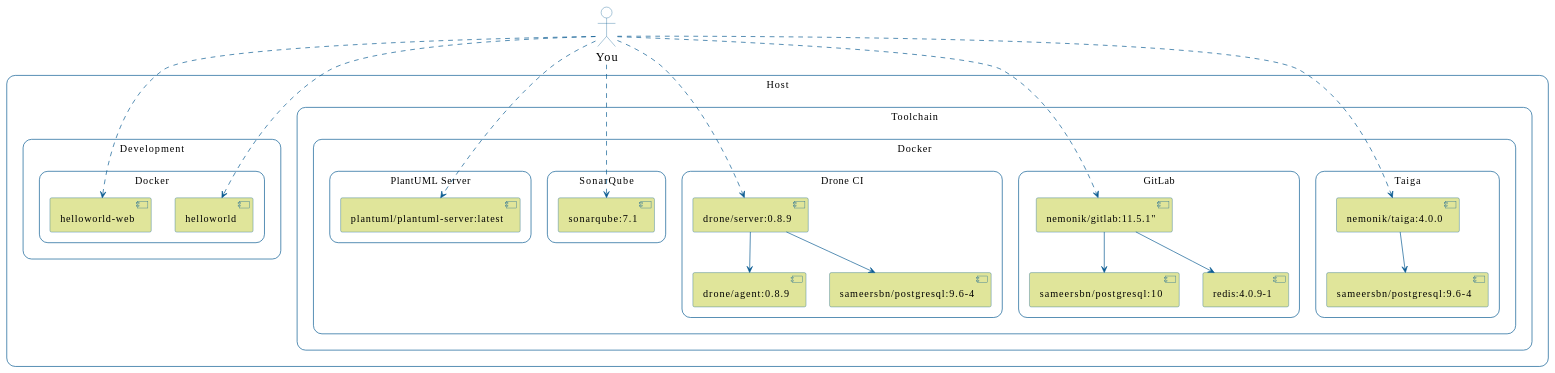
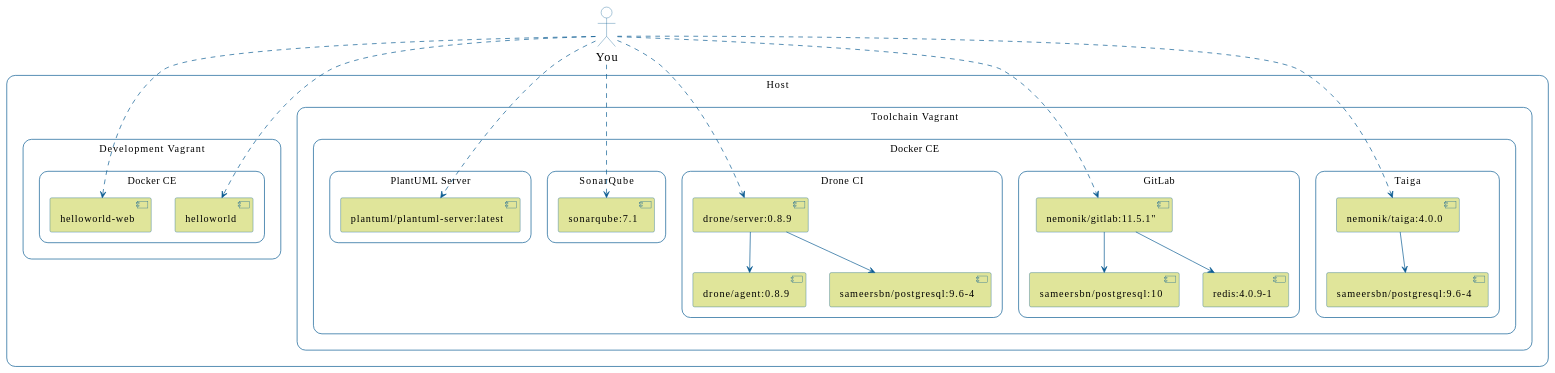
Before and after one commit to nemonik/hands-on-DevOps: the first of 31 diagrams in README.MD, drawn with PlantUML. The commit also changed other lines of this file, not shown here.

```diff
--- a/README.MD
+++ b/README.MD
@@ -412,9 +573,9 @@
 
 rectangle "Host"{
     
-	rectangle "Toolchain" {
+	rectangle "Toolchain Vagrant" {
 
-		rectangle "Docker" as docker1 {
+		rectangle "Docker CE" as docker1 {
 			rectangle "Taiga" {
 				component "nemonik/taiga:4.0.0" as taiga
         component "sameersbn/postgresql:9.6-4" as taiga_postgresql
@@ -442,8 +603,8 @@
     }
 	}
 
-	rectangle "Development" {
-    rectangle "Docker" as docker2 {
+	rectangle "Development Vagrant" {
+    rectangle "Docker CE" as docker2 {
       component "helloworld" as helloworld
       component "helloworld-web" as helloworld_web
     }
```
